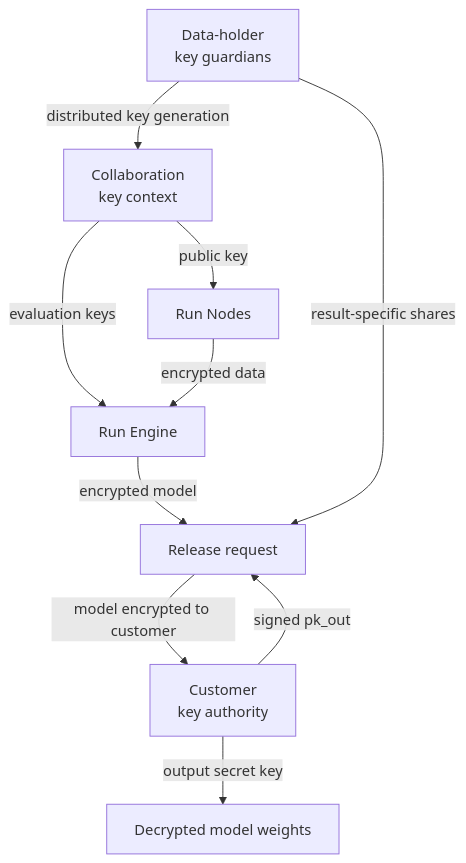
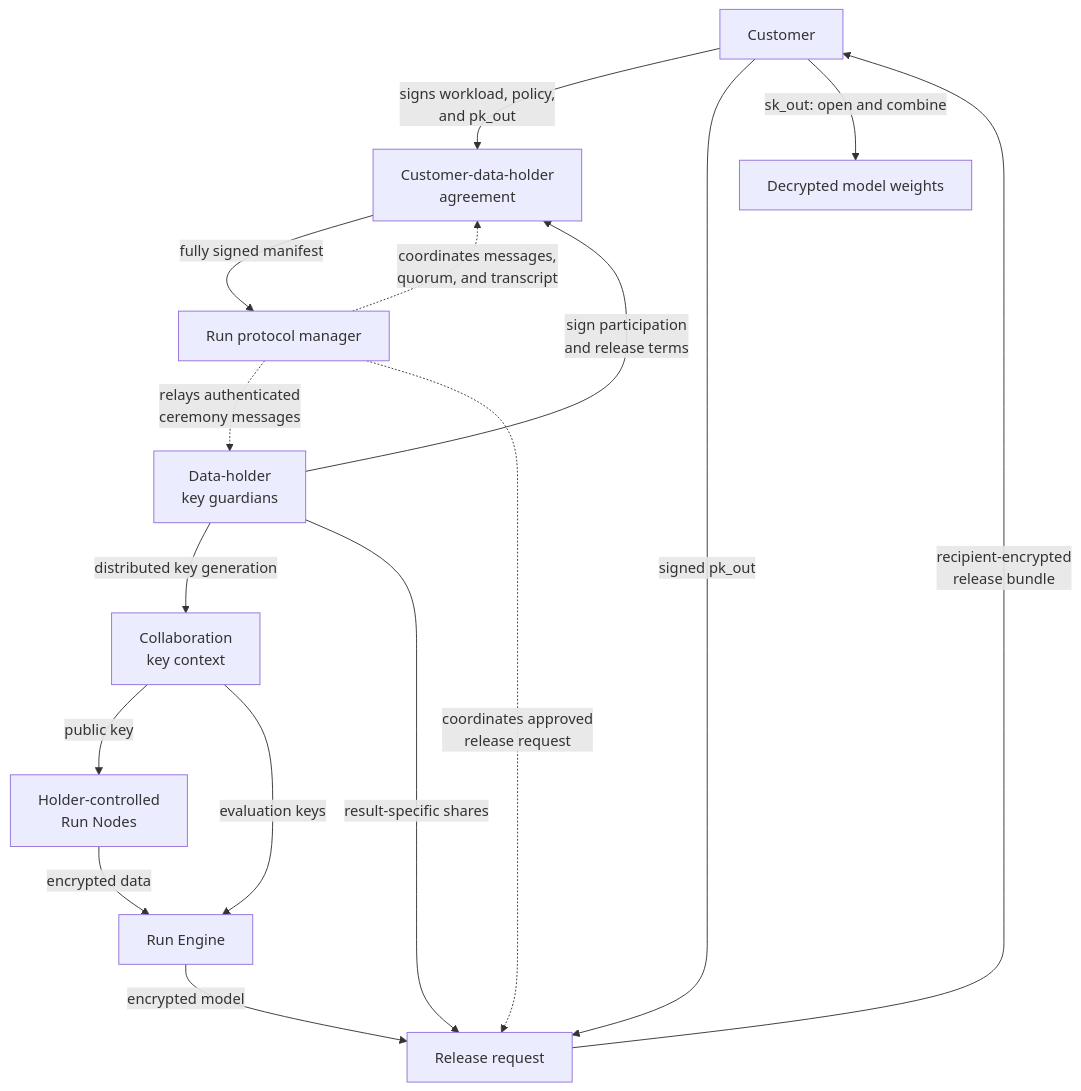
The diagram in key-exchange.md (p-tequila/ftpz), drawn with Mermaid before and after one commit. The commit also changed other lines of this file and 4 other files, not shown here.

Commit message:
docs: refine Run key governance

````diff
--- a/key-exchange.md
+++ b/key-exchange.md
@@ -55,12 +103,18 @@
 ```mermaid
 flowchart TB
+    C[Customer] -->|signs workload, policy,<br/>and pk_out| A[Customer-data-holder<br/>agreement]
+    G[Data-holder<br/>key guardians] -->|sign participation<br/>and release terms| A
+    P[Run protocol manager] -.->|coordinates messages,<br/>quorum, and transcript| A
+    A -->|fully signed manifest| P
     G[Data-holder<br/>key guardians] -->|distributed key generation| KC[Collaboration<br/>key context]
-    KC -->|public key| N[Run Nodes]
+    P -.->|relays authenticated<br/>ceremony messages| G
+    KC -->|public key| N[Holder-controlled<br/>Run Nodes]
     KC -->|evaluation keys| E[Run Engine]
     N -->|encrypted data| E
     E -->|encrypted model| R[Release request]
-    C[Customer<br/>key authority] -->|signed pk_out| R
+    C -->|signed pk_out| R
     G -->|result-specific shares| R
-    R -->|model encrypted to customer| C
-    C -->|output secret key| M[Decrypted model weights]
+    P -.->|coordinates approved<br/>release request| R
+    R -->|recipient-encrypted<br/>release bundle| C
+    C -->|sk_out: open and combine| M[Decrypted model weights]
 ```
````
